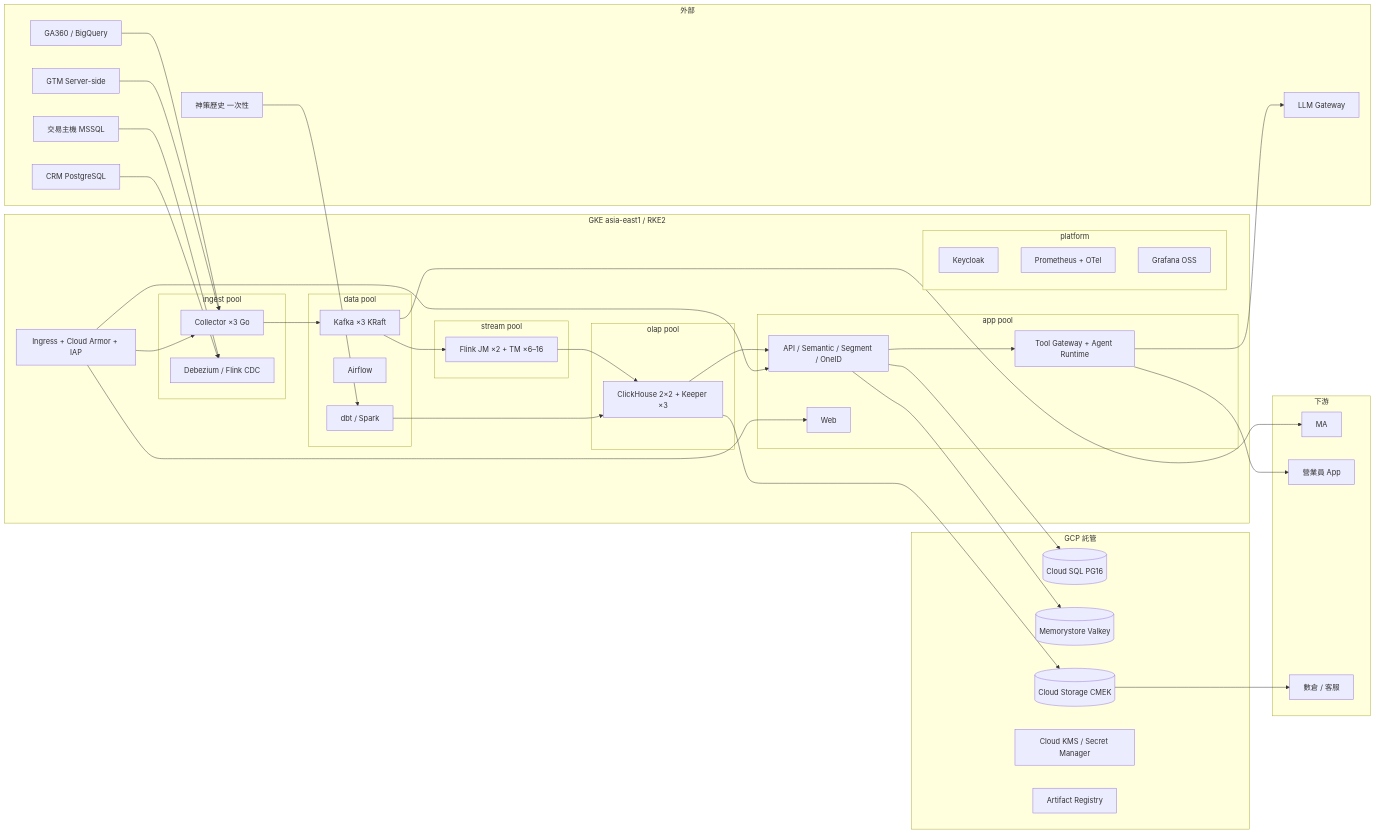
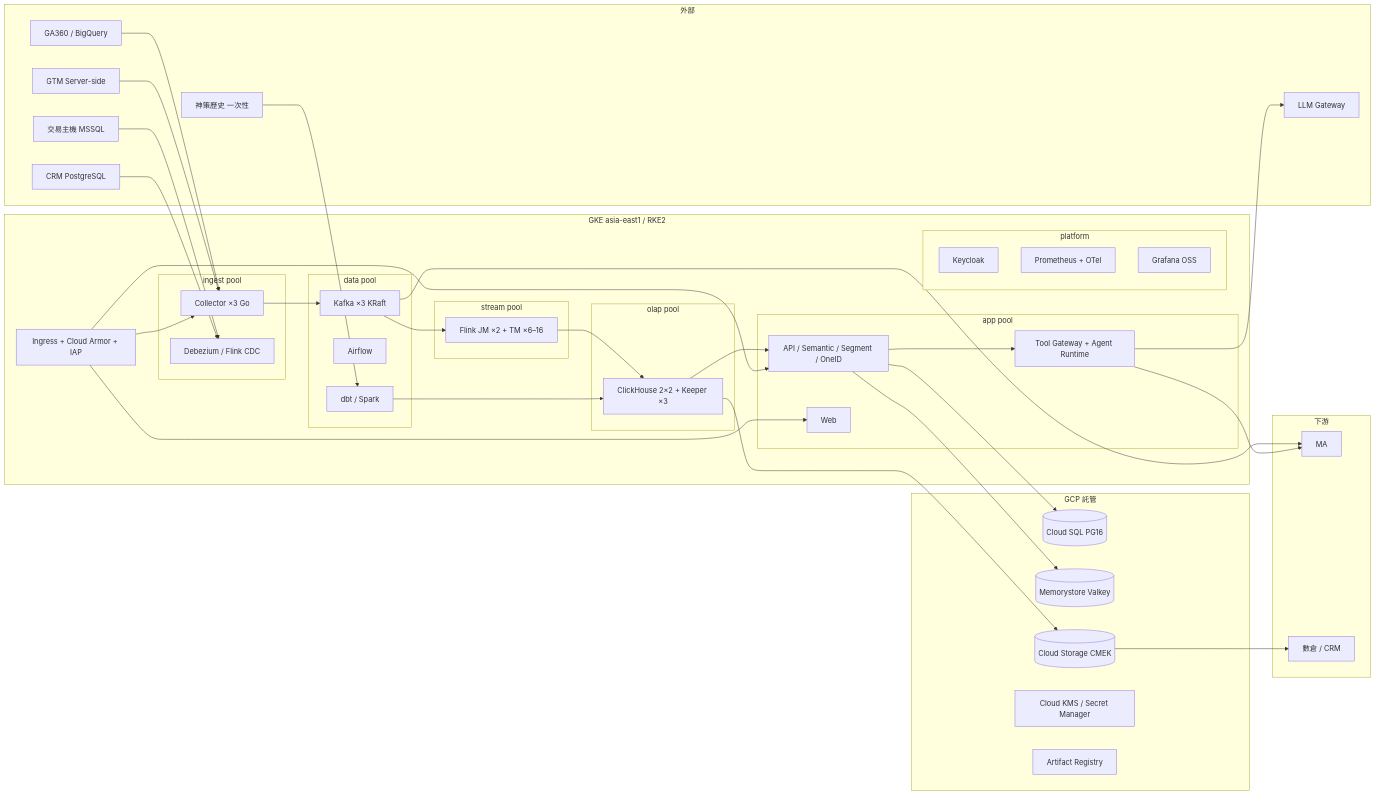
The second of 3 diagrams in docs/12-architecture-diagrams.md (ALTA-TECH2025/altatech-dmp), drawn with Mermaid before and after one commit. The commit also changed other lines of this file and 28 other files, not shown here.

````diff
--- a/docs/12-architecture-diagrams.md
+++ b/docs/12-architecture-diagrams.md
@@ -66,37 +66,37 @@
 ```mermaid
 flowchart LR
   subgraph EXTS[外部]
     BQ[GA360 / BigQuery] ; GTM[GTM Server-side] ; MS[交易主機 MSSQL] ; CRM[CRM PostgreSQL] ; SA[神策歷史 一次性] ; LLMG[LLM Gateway]
   end
   subgraph GKE[GKE asia-east1 / RKE2]
     subgraph P1[ingest pool]
       C1[Collector ×3 Go] ; C2[Debezium / Flink CDC]
     end
     subgraph P2[stream pool]
       F1[Flink JM ×2 + TM ×6–16]
     end
     subgraph P3[data pool]
       K1[Kafka ×3 KRaft] ; A1[Airflow] ; D1[dbt / Spark]
     end
     subgraph P4[olap pool]
       CH1[ClickHouse 2×2 + Keeper ×3]
     end
     subgraph P5[app pool]
       API[API / Semantic / Segment / OneID] ; MCP[Tool Gateway + Agent Runtime] ; WEB[Web]
     end
     subgraph P6[platform]
       KC[Keycloak] ; PR[Prometheus + OTel] ; GF[Grafana OSS]
     end
     ING[Ingress + Cloud Armor + IAP]
   end
   subgraph MG[GCP 託管]
     SQL[(Cloud SQL PG16)] ; MEM[(Memorystore Valkey)] ; GCS[(Cloud Storage CMEK)] ; KMS[Cloud KMS / Secret Manager] ; AR[Artifact Registry]
   end
   subgraph DOWN[下游]
-    MA[MA] ; APP[營業員 App] ; DW[數倉 / 客服]
+    MA[MA] ; DW[數倉 / CRM]
   end
   BQ --> C1 ; GTM --> C1 ; MS --> C2 ; CRM --> C2 ; SA --> D1
   C1 --> K1 --> F1 --> CH1 ; D1 --> CH1 ; CH1 --> API --> MCP --> LLMG
-  API --> SQL ; API --> MEM ; CH1 --> GCS ; K1 --> MA ; MCP --> APP ; GCS --> DW
+  API --> SQL ; API --> MEM ; CH1 --> GCS ; K1 --> MA ; MCP --> MA ; GCS --> DW
   ING --> C1 ; ING --> API ; ING --> WEB
 ```
````
